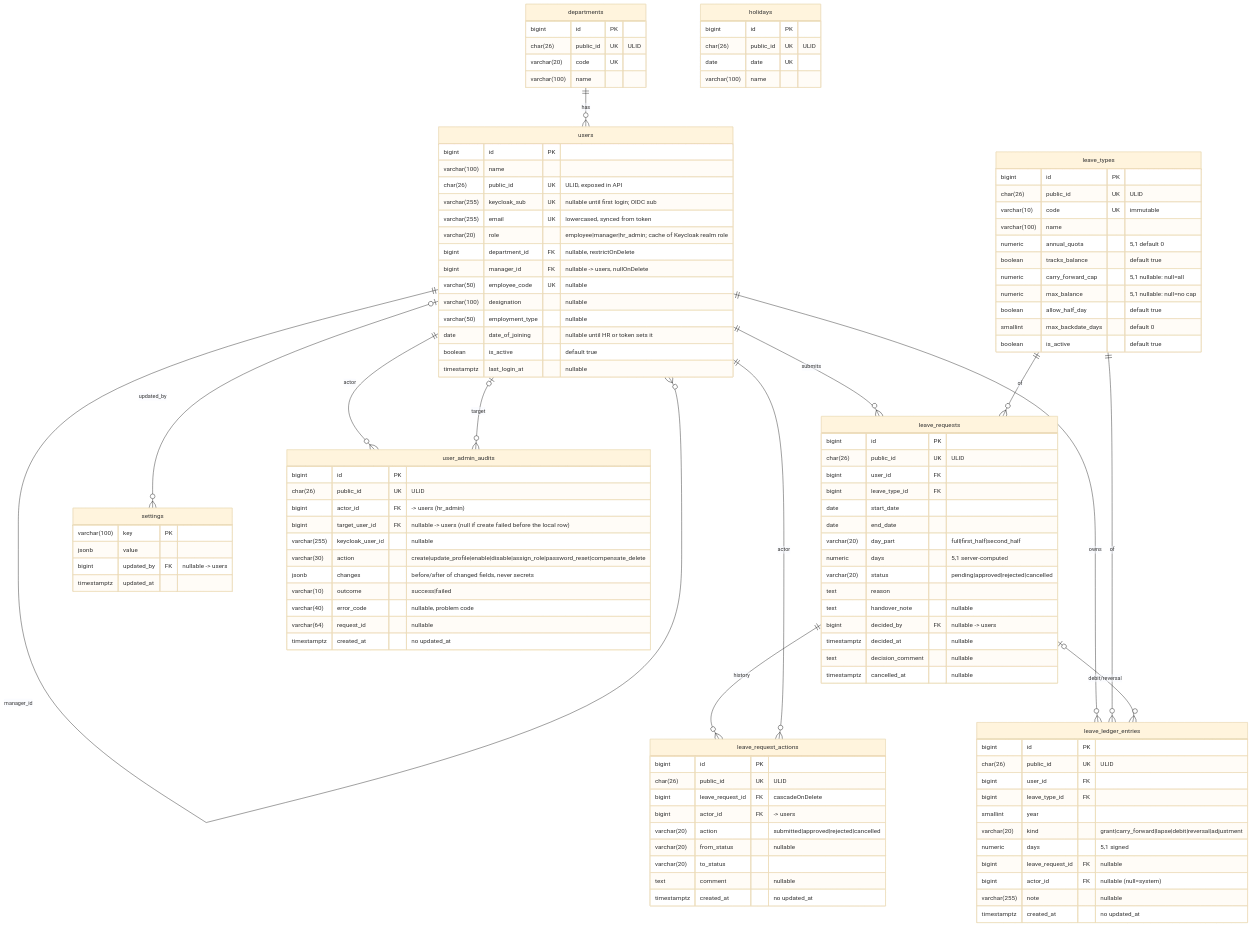
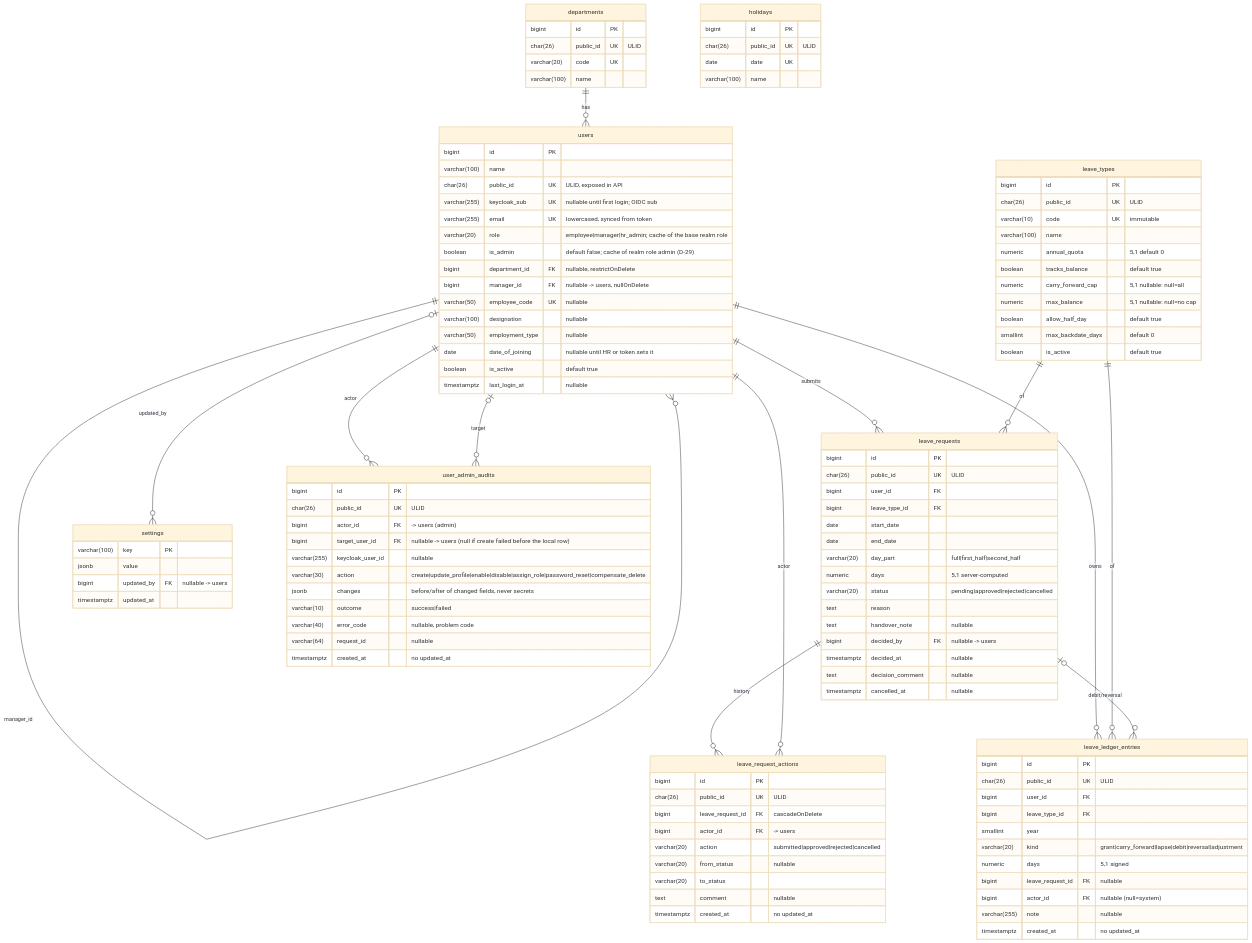
The third of 3 diagrams in docs/SYSTEM_DESIGN.md (heyadityak/lms), drawn with Mermaid (base theme) before and after one commit. The commit also changed other lines of this file and 49 other files, not shown here.

```diff
--- a/docs/SYSTEM_DESIGN.md
+++ b/docs/SYSTEM_DESIGN.md
@@ -134,7 +134,8 @@
         char(26) public_id UK "ULID, exposed in API"
         varchar(255) keycloak_sub UK "nullable until first login; OIDC sub"
         varchar(255) email UK "lowercased, synced from token"
-        varchar(20) role "employee|manager|hr_admin; cache of Keycloak realm role"
+        varchar(20) role "employee|manager|hr_admin; cache of the base realm role"
+        boolean is_admin "default false; cache of realm role admin (D-29)"
         bigint department_id FK "nullable, restrictOnDelete"
         bigint manager_id FK "nullable -> users, nullOnDelete"
         varchar(50) employee_code UK "nullable"
@@ -213,7 +214,7 @@
     user_admin_audits {
         bigint id PK
         char(26) public_id UK "ULID"
-        bigint actor_id FK "-> users (hr_admin)"
+        bigint actor_id FK "-> users (admin)"
         bigint target_user_id FK "nullable -> users (null if create failed before the local row)"
         varchar(255) keycloak_user_id "nullable"
         varchar(30) action "create|update_profile|enable|disable|assign_role|password_reset|compensate_delete"
```
